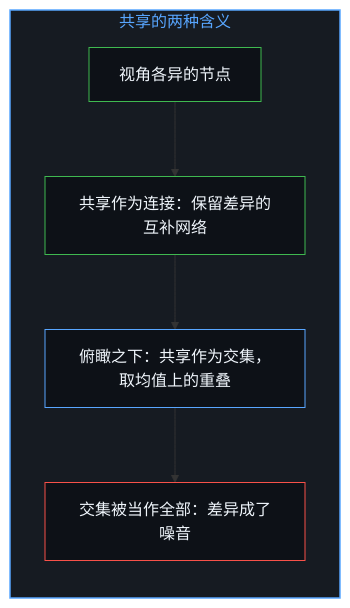
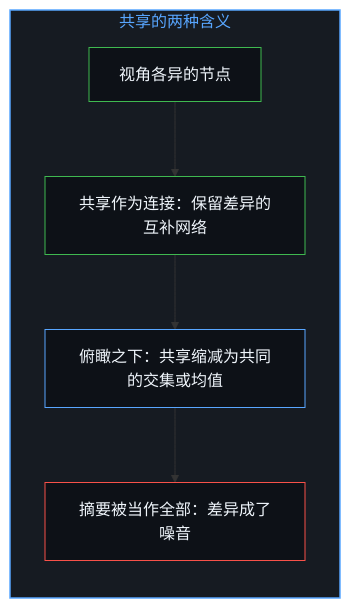
The fifth of 12 diagrams in content/posts/the-illusion-of-distance-and-the-dual-ruler.md (powerpig99/not-a-toe), drawn with Mermaid before and after one commit. The commit also changed other lines of this file and 27 other files, not shown here.

````diff
--- a/content/posts/the-illusion-of-distance-and-the-dual-ruler.md
+++ b/content/posts/the-illusion-of-distance-and-the-dual-ruler.md
@@ -139,19 +135,18 @@
 ```mermaid
 flowchart TD
     subgraph S_Shared["共享的两种含义"]
         direction TB
         Nodes["视角各异的节点"]
         Net["共享作为连接：保留差异的互补网络"]
-        Mean["俯瞰之下：共享作为交集，取均值上的重叠"]
-        Noise["交集被当作全部：差异成了噪音"]
+        Mean["俯瞰之下：共享缩减为共同的交集或均值"]
+        Noise["摘要被当作全部：差异成了噪音"]
         Nodes --> Net
         Net --> Mean
         Mean --> Noise
     end
-
     style S_Shared fill:#161b22,stroke:#58a6ff,stroke-width:1.5px,color:#58a6ff
     style Nodes fill:#0d1117,stroke:#3fb950,stroke-width:1px,color:#f0f6fc
     style Net fill:#0d1117,stroke:#3fb950,stroke-width:1px,color:#f0f6fc
     style Mean fill:#0d1117,stroke:#58a6ff,stroke-width:1px,color:#f0f6fc
     style Noise fill:#0d1117,stroke:#f85149,stroke-width:1px,color:#f0f6fc
 ```
````
